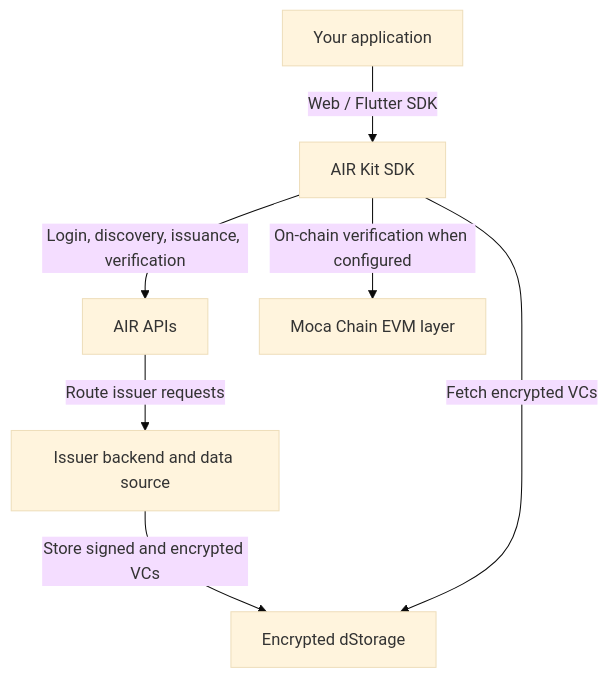
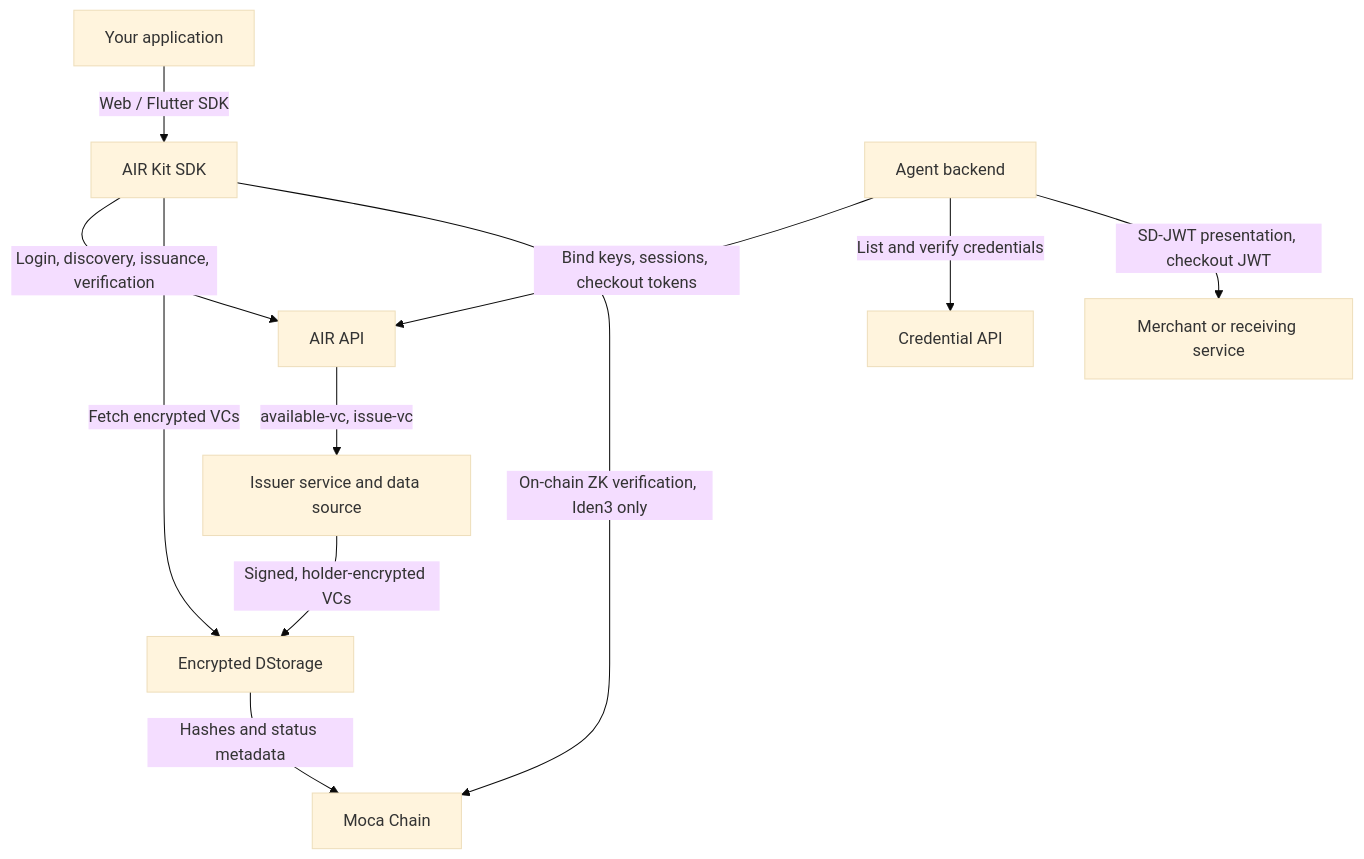
One commit to MocaNetwork/docs changed the first of 2 diagrams in technicals/architecture/index.mdx. Above: the diagram before and after it, drawn with Mermaid (base theme). The commit also changed other lines of this file and 39 other files, not shown here.

First line of the commit message:
Show builders how AIR credentials and agent actually work (#53)

````diff
--- a/technicals/architecture/index.mdx
+++ b/technicals/architecture/index.mdx
@@ -11,16 +24,23 @@
 ```mermaid
 graph TD
     APP[Your application]
     SDK[AIR Kit SDK]
-    API[AIR APIs]
-    ISS[Issuer backend and data source]
-    STORE[Encrypted dStorage]
-    EVM[Moca Chain EVM layer]
+    API[AIR API]
+    CRED[Credential API]
+    ISS[Issuer service and data source]
+    STORE[Encrypted DStorage]
+    EVM[Moca Chain]
+    AGENT[Agent backend]
+    MERCH[Merchant or receiving service]
 
     APP -->|Web / Flutter SDK| SDK
     SDK -->|Login, discovery, issuance, verification| API
-    API -->|Route issuer requests| ISS
-    ISS -->|Store signed and encrypted VCs| STORE
+    API -->|available-vc, issue-vc| ISS
+    ISS -->|Signed, holder-encrypted VCs| STORE
+    STORE -->|Hashes and status metadata| EVM
     SDK -->|Fetch encrypted VCs| STORE
-    SDK -->|On-chain verification when configured| EVM
+    SDK -->|On-chain ZK verification, Iden3 only| EVM
+    AGENT -->|Bind keys, sessions, checkout tokens| API
+    AGENT -->|List and verify credentials| CRED
+    AGENT -->|SD-JWT presentation, checkout JWT| MERCH
 ```
````
